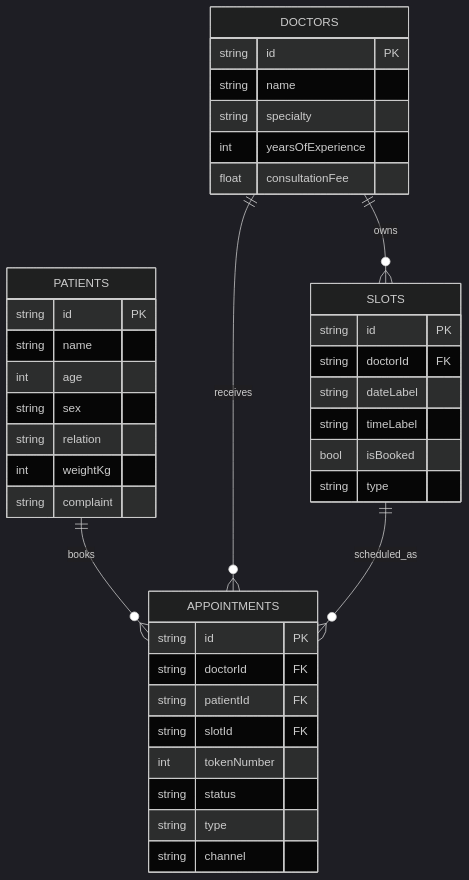
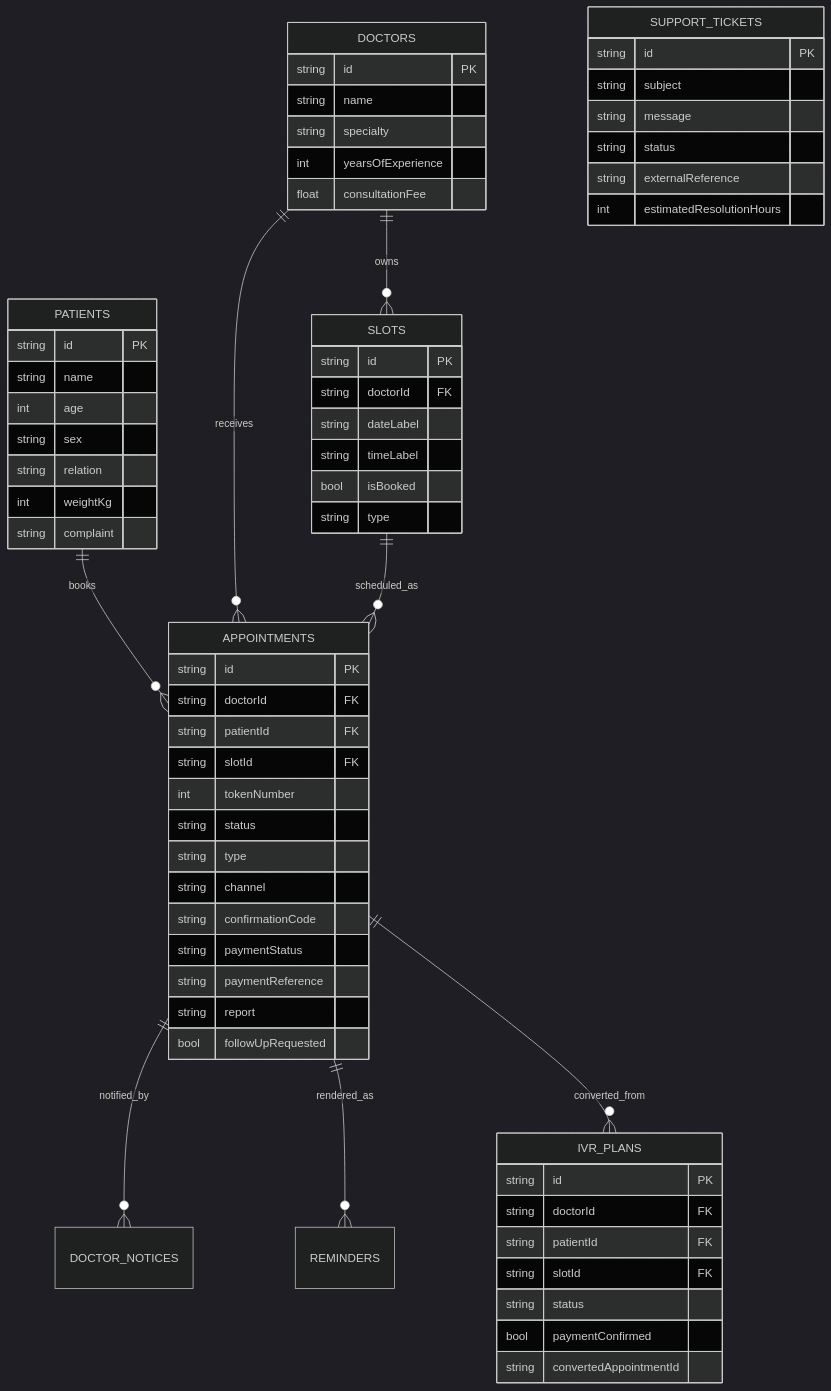
One commit to PearlThoughtsInternship/schedula-android-internship changed the first of 2 diagrams in docs/data-model.md. Above: the diagram before and after it, drawn with Mermaid (dark theme). The commit also changed 3 other files, not shown here.

First line of the commit message:
docs: update architecture and data-flow references

````diff
--- a/docs/data-model.md
+++ b/docs/data-model.md
@@ -5,45 +5,72 @@
 ```mermaid
 erDiagram
   DOCTORS ||--o{ SLOTS : owns
   PATIENTS ||--o{ APPOINTMENTS : books
   DOCTORS ||--o{ APPOINTMENTS : receives
   SLOTS ||--o{ APPOINTMENTS : scheduled_as
+  APPOINTMENTS ||--o{ DOCTOR_NOTICES : notified_by
+  APPOINTMENTS ||--o{ REMINDERS : rendered_as
+  APPOINTMENTS ||--o{ IVR_PLANS : converted_from
 
   DOCTORS {
     string id PK
     string name
     string specialty
     int yearsOfExperience
     float consultationFee
   }
 
   PATIENTS {
     string id PK
     string name
     int age
     string sex
     string relation
     int weightKg
     string complaint
   }
 
   SLOTS {
     string id PK
     string doctorId FK
     string dateLabel
     string timeLabel
     bool isBooked
     string type
   }
 
   APPOINTMENTS {
     string id PK
     string doctorId FK
     string patientId FK
     string slotId FK
     int tokenNumber
     string status
     string type
     string channel
+    string confirmationCode
+    string paymentStatus
+    string paymentReference
+    string report
+    bool followUpRequested
+  }
+
+  SUPPORT_TICKETS {
+    string id PK
+    string subject
+    string message
+    string status
+    string externalReference
+    int estimatedResolutionHours
+  }
+
+  IVR_PLANS {
+    string id PK
+    string doctorId FK
+    string patientId FK
+    string slotId FK
+    string status
+    bool paymentConfirmed
+    string convertedAppointmentId
   }
 ```
````
